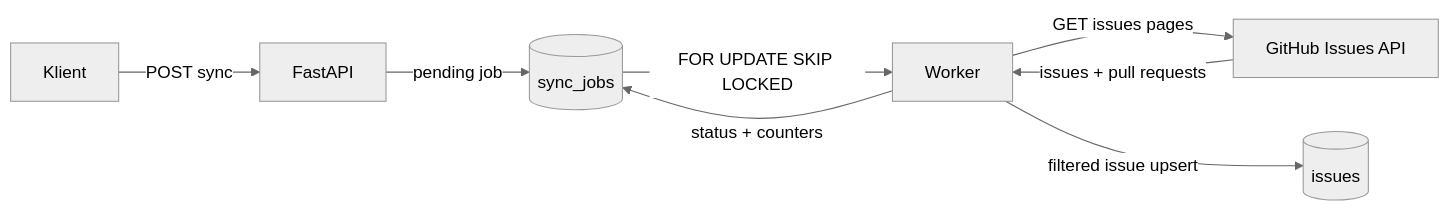
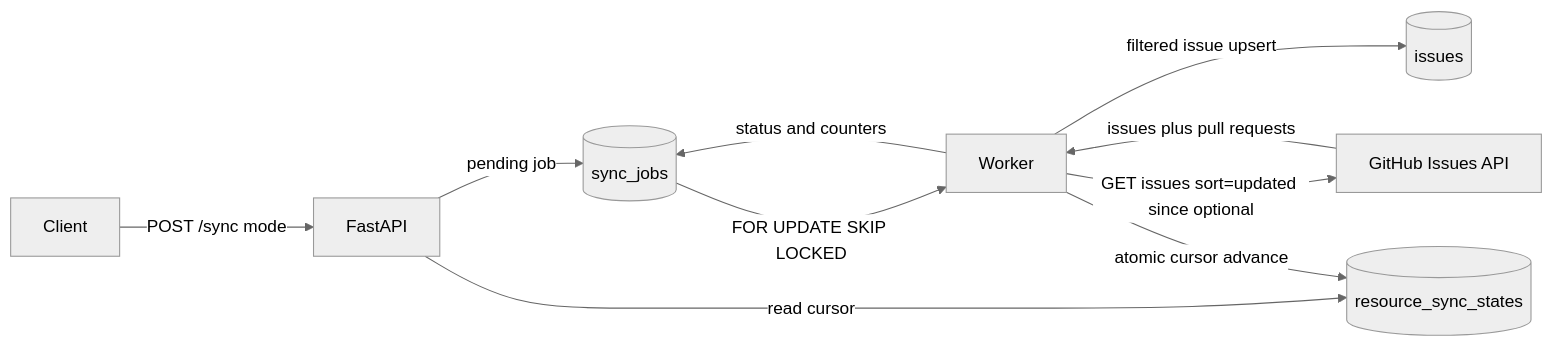
Before and after one commit to lukaszj321/github-data-sync-service: the diagram in README.md, drawn with Mermaid (neutral theme). The commit also changed other lines of this file and 28 other files, not shown here.

````diff
--- a/README.md
+++ b/README.md
@@ -143,10 +147,12 @@
 ```mermaid
 flowchart LR
-    Client[Klient] -->|POST sync| API[FastAPI]
+    Client[Client] -->|POST /sync mode| API[FastAPI]
     API -->|pending job| Jobs[(sync_jobs)]
+    API -->|read cursor| State[(resource_sync_states)]
     Jobs -->|FOR UPDATE SKIP LOCKED| Worker[Worker]
-    Worker -->|GET issues pages| GitHub[GitHub Issues API]
-    GitHub -->|issues + pull requests| Worker
+    Worker -->|GET issues sort=updated since optional| GitHub[GitHub Issues API]
+    GitHub -->|issues plus pull requests| Worker
     Worker -->|filtered issue upsert| Issues[(issues)]
-    Worker -->|status + counters| Jobs
+    Worker -->|status and counters| Jobs
+    Worker -->|atomic cursor advance| State
 ```
````
